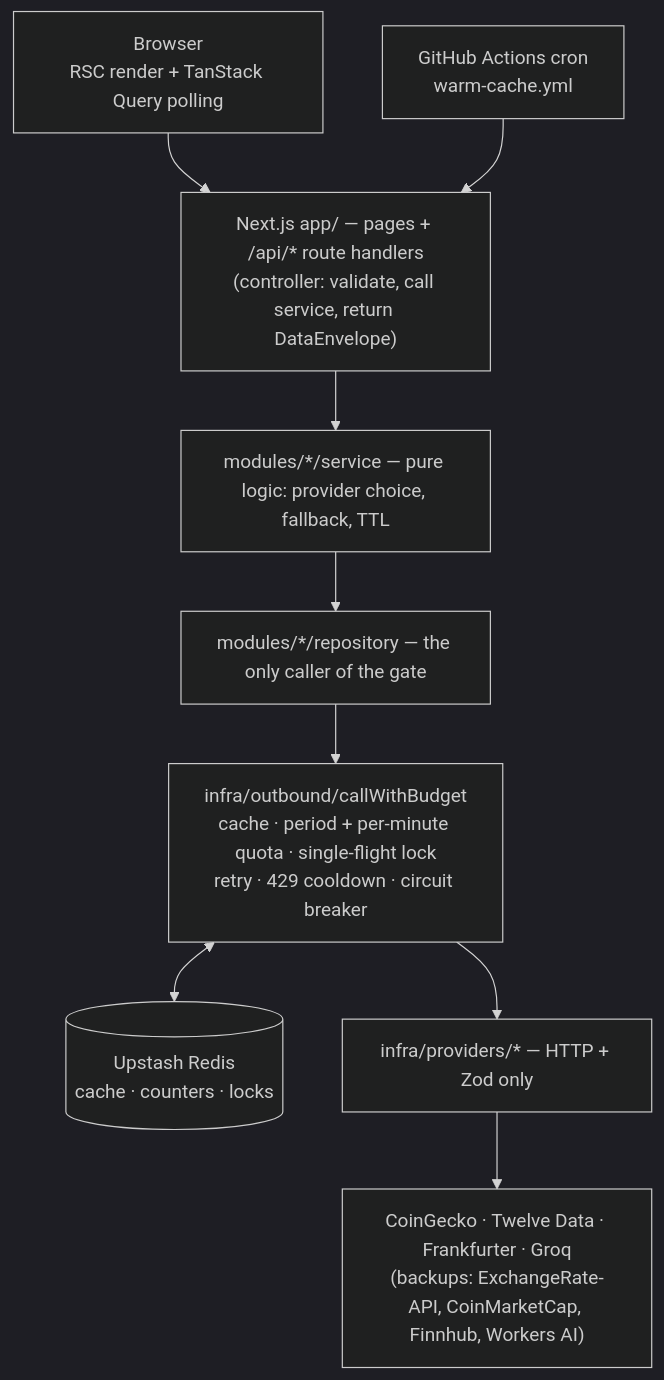
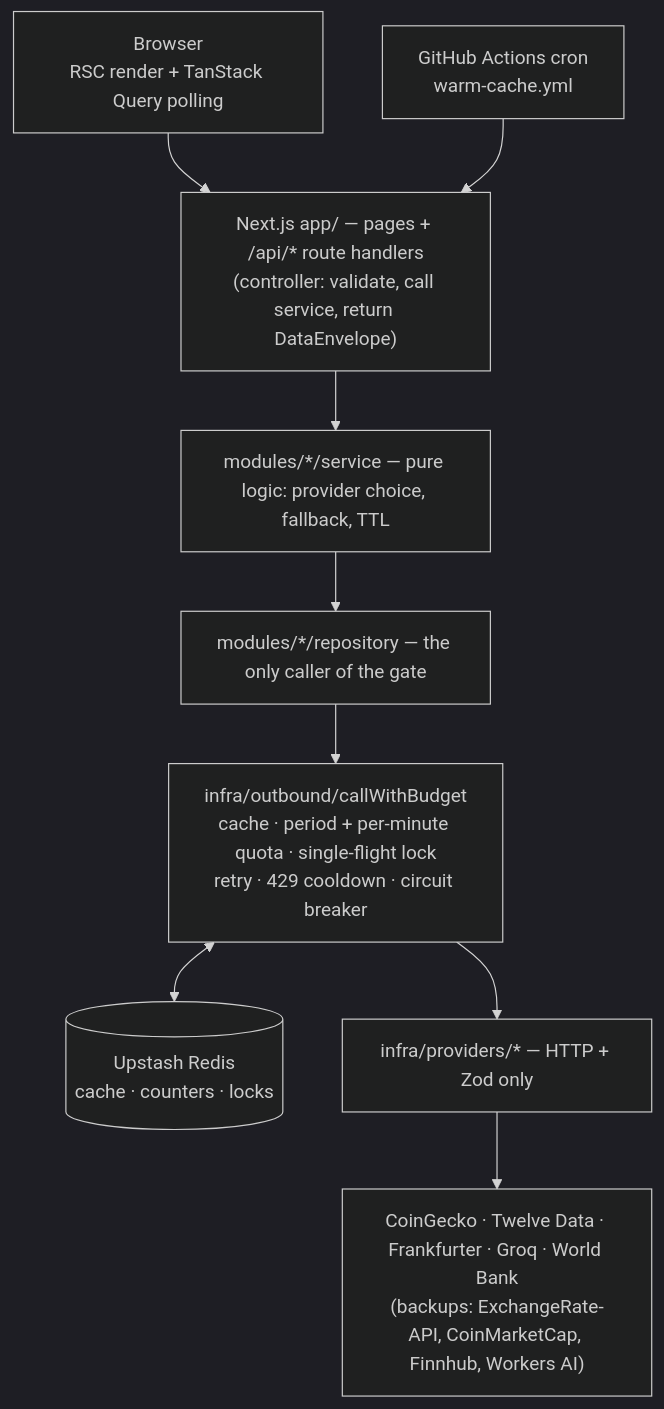
One commit to Rtmagent7/crypto-market-dashboard changed the diagram in README.md. Above: the diagram before and after it, drawn with Mermaid (dark theme). The commit also changed other lines of this file and 1 other file, not shown here.

````diff
--- a/README.md
+++ b/README.md
@@ -33,12 +35,12 @@
 ```mermaid
 flowchart TB
   B["Browser<br/>RSC render + TanStack Query polling"] --> N
   C["GitHub Actions cron<br/>warm-cache.yml"] --> N
   N["Next.js app/ — pages + /api/* route handlers<br/>(controller: validate, call service, return DataEnvelope)"]
   N --> S["modules/*/service — pure logic: provider choice, fallback, TTL"]
   S --> R["modules/*/repository — the only caller of the gate"]
   R --> G["infra/outbound/callWithBudget<br/>cache · period + per-minute quota · single-flight lock<br/>retry · 429 cooldown · circuit breaker"]
   G <--> X[("Upstash Redis<br/>cache · counters · locks")]
   G --> P["infra/providers/* — HTTP + Zod only"]
-  P --> E["CoinGecko · Twelve Data · Frankfurter · Groq<br/>(backups: ExchangeRate-API, CoinMarketCap, Finnhub, Workers AI)"]
+  P --> E["CoinGecko · Twelve Data · Frankfurter · Groq · World Bank<br/>(backups: ExchangeRate-API, CoinMarketCap, Finnhub, Workers AI)"]
 ```
````
